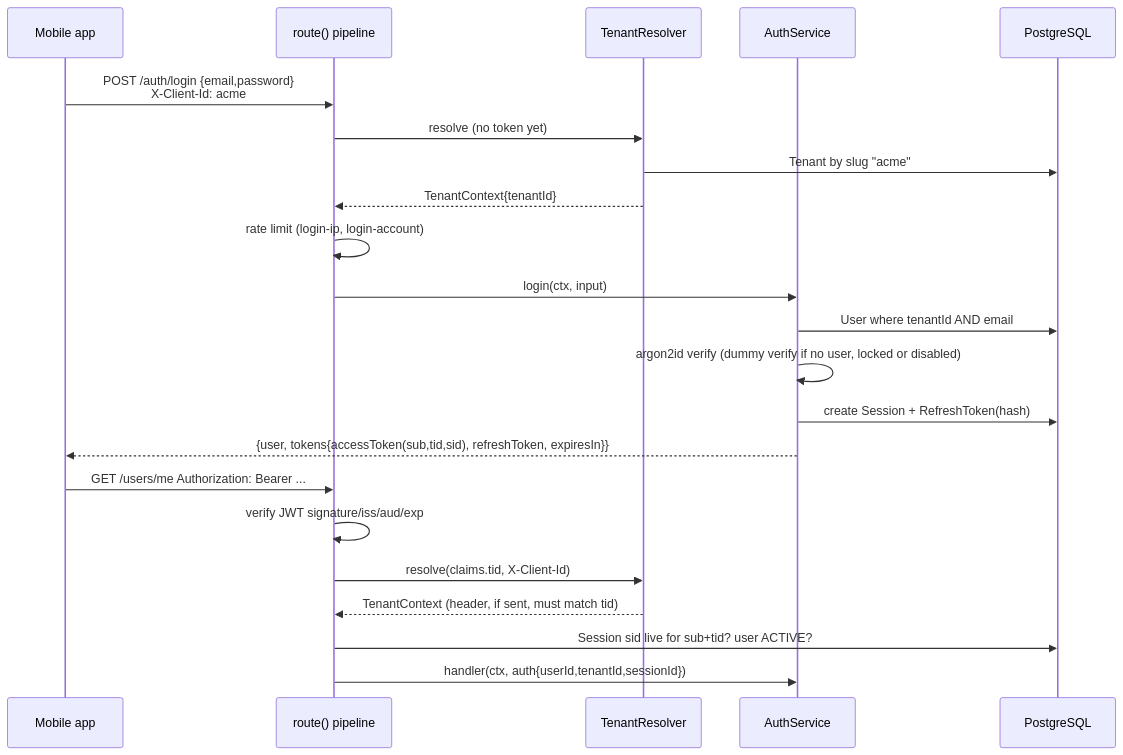
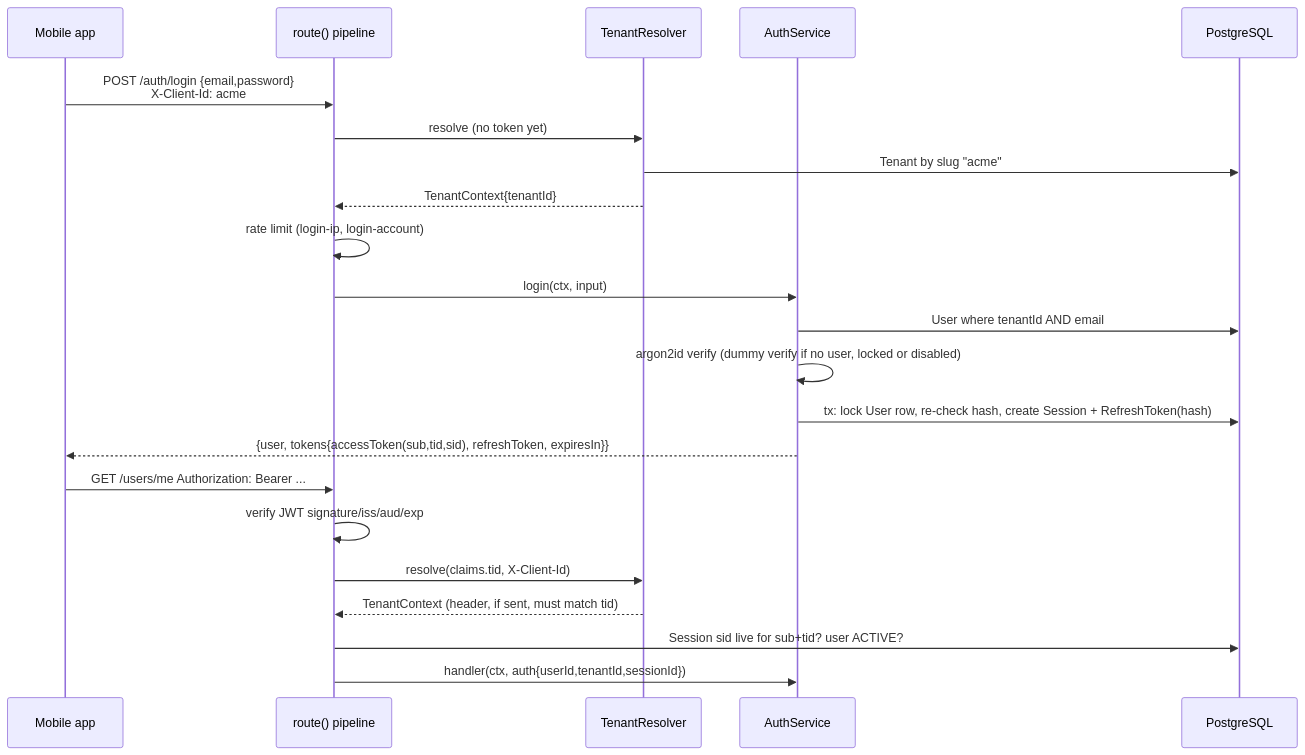
The fourth of 4 diagrams in docs/architecture.md (zakaria-hajja/white-label-server), drawn with Mermaid before and after one commit. The commit also changed other lines of this file and 5 other files, not shown here.

````diff
--- a/docs/architecture.md
+++ b/docs/architecture.md
@@ -262,24 +262,24 @@
 ```mermaid
 sequenceDiagram
     participant A as Mobile app
     participant R as route() pipeline
     participant T as TenantResolver
     participant S as AuthService
     participant DB as PostgreSQL
     A->>R: POST /auth/login {email,password}<br/>X-Client-Id: acme
     R->>T: resolve (no token yet)
     T->>DB: Tenant by slug "acme"
     T-->>R: TenantContext{tenantId}
     R->>R: rate limit (login-ip, login-account)
     R->>S: login(ctx, input)
     S->>DB: User where tenantId AND email
     S->>S: argon2id verify (dummy verify if no user, locked or disabled)
-    S->>DB: create Session + RefreshToken(hash)
+    S->>DB: tx: lock User row, re-check hash, create Session + RefreshToken(hash)
     S-->>A: {user, tokens{accessToken(sub,tid,sid), refreshToken, expiresIn}}
     A->>R: GET /users/me  Authorization: Bearer ...
     R->>R: verify JWT signature/iss/aud/exp
     R->>T: resolve(claims.tid, X-Client-Id)
     T-->>R: TenantContext (header, if sent, must match tid)
     R->>DB: Session sid live for sub+tid? user ACTIVE?
     R->>S: handler(ctx, auth{userId,tenantId,sessionId})
 ```
````
